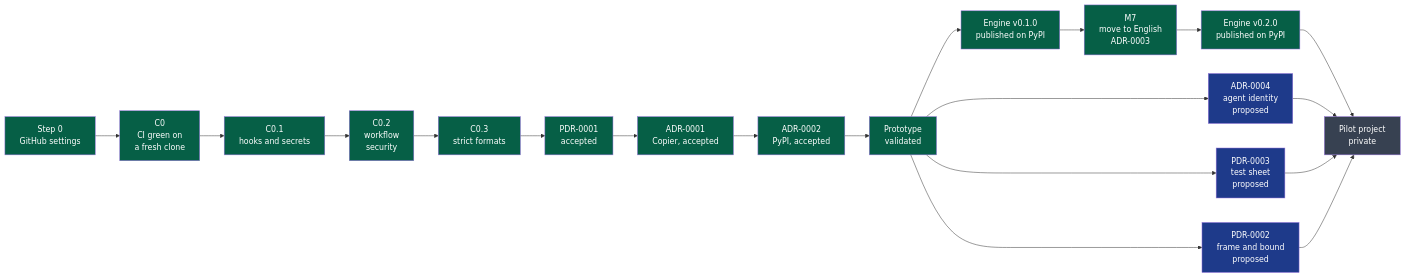
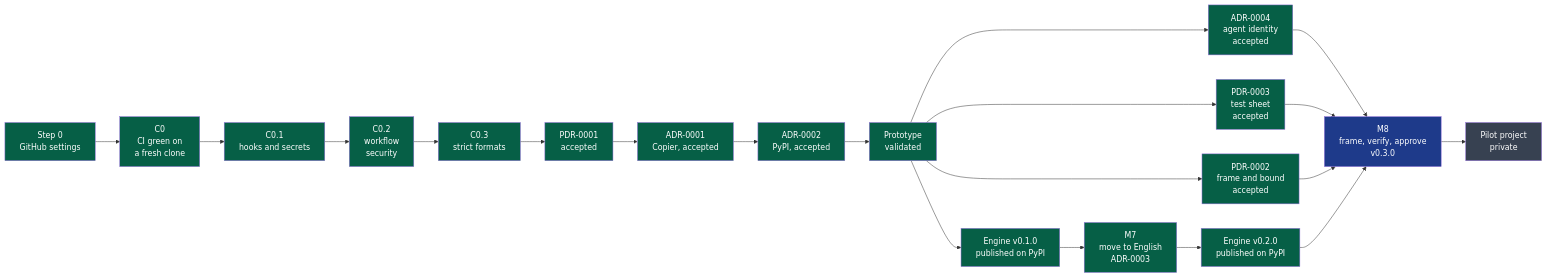
One commit to NapkinStack/engineering-os changed the first of 2 diagrams in docs/governance/workstreams.md. Above: the diagram before and after it, drawn with Mermaid. The commit also changed other lines of this file and 6 other files, not shown here.

First line of the commit message:
M8 — Implementation plan: frame, verify, approve (v0.3.0), decisions accepted (#33)

````diff
--- a/docs/governance/workstreams.md
+++ b/docs/governance/workstreams.md
@@ -10,27 +10,28 @@
 ```mermaid
 flowchart LR
     S0["Step 0<br/>GitHub settings"]:::done --> C0["C0<br/>CI green on<br/>a fresh clone"]:::done
     C0 --> C01["C0.1<br/>hooks and secrets"]:::done
     C01 --> C02["C0.2<br/>workflow<br/>security"]:::done
     C02 --> C03["C0.3<br/>strict formats"]:::done
     C03 --> PDR["PDR-0001<br/>accepted"]:::done
     PDR --> A1["ADR-0001<br/>Copier, accepted"]:::done
     A1 --> A2["ADR-0002<br/>PyPI, accepted"]:::done
     A2 --> PT["Prototype<br/>validated"]:::done
     PT --> RP["Engine v0.1.0<br/>published on PyPI"]:::done
     RP --> M7["M7<br/>move to English<br/>ADR-0003"]:::done
     M7 --> V2["Engine v0.2.0<br/>published on PyPI"]:::done
-    V2 --> PP["Pilot project<br/>private"]:::todo
-    PT --> A4["ADR-0004<br/>agent identity<br/>proposed"]:::wip
-    A4 --> PP
-    PT --> P3["PDR-0003<br/>test sheet<br/>proposed"]:::wip
-    P3 --> PP
-    PT --> P2["PDR-0002<br/>frame and bound<br/>proposed"]:::wip
-    P2 --> PP
+    PT --> A4["ADR-0004<br/>agent identity<br/>accepted"]:::done
+    PT --> P3["PDR-0003<br/>test sheet<br/>accepted"]:::done
+    PT --> P2["PDR-0002<br/>frame and bound<br/>accepted"]:::done
+    A4 --> M8["M8<br/>frame, verify, approve<br/>v0.3.0"]:::wip
+    P3 --> M8
+    P2 --> M8
+    V2 --> M8
+    M8 --> PP["Pilot project<br/>private"]:::todo
 
     classDef done fill:#065f46,color:#fff
     classDef wip fill:#1e3a8a,color:#fff
     classDef partial fill:#92400e,color:#fff
     classDef todo fill:#374151,color:#fff
     classDef blocked fill:#7c2d12,color:#fff
 ```
````
